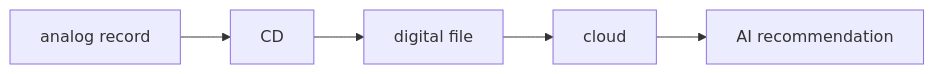
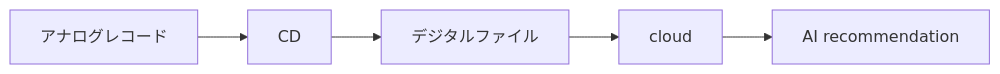
The second of 2 diagrams in en/_posts/2026-03-21-column-dj-culture-digital.md (monumental-movement/monumental-movement.github.io), drawn with Mermaid before and after one commit. The commit also changed other lines of this file and 1012 other files, not shown here.

```diff
--- a/en/_posts/2026-03-21-column-dj-culture-digital.md
+++ b/en/_posts/2026-03-21-column-dj-culture-digital.md
@@ -149,7 +149,7 @@
 <div class="mermaid">
 flowchart LR
-    A[analog record] --> B[CD]
-    B --> C[digital file]
+    A[アナログレコード] --> B[CD]
+    B --> C[デジタルファイル]
     C --> D[cloud]
     D --> E[AI recommendation]
 </div>
```
